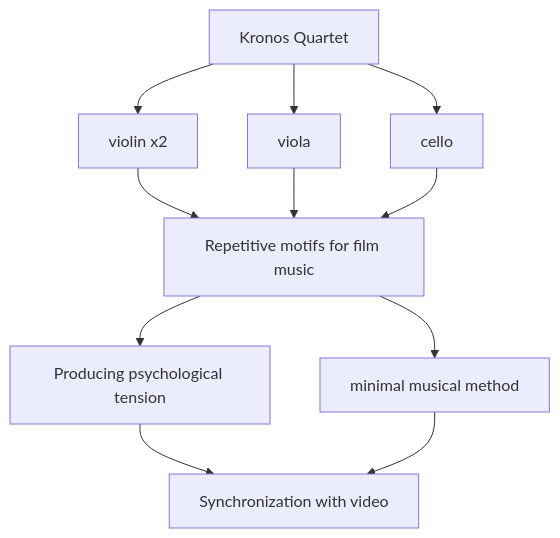
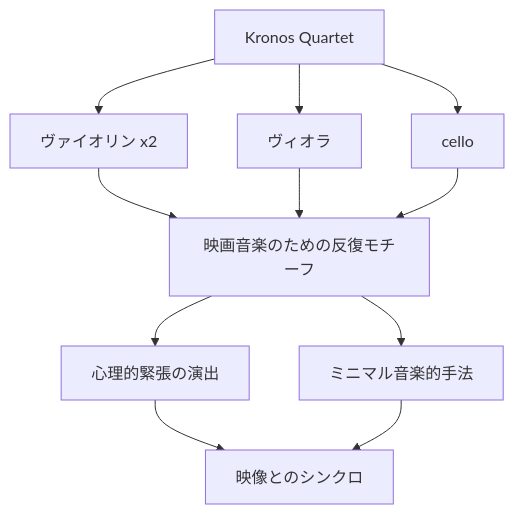
One commit to monumental-movement/monumental-movement.github.io changed the second of 4 diagrams in en/_posts/2025-11-22-column-kronos-quartet.md. Above: the diagram before and after it, drawn with Mermaid. The commit also changed other lines of this file and 2196 other files, not shown here.

```diff
--- a/en/_posts/2025-11-22-column-kronos-quartet.md
+++ b/en/_posts/2025-11-22-column-kronos-quartet.md
@@ -146,13 +146,13 @@
 <div class="mermaid">
 graph TD
-    A[Kronos Quartet] --> B[violin x2]
-    A --> C[viola]
+    A[Kronos Quartet] --> B[ヴァイオリン x2]
+    A --> C[ヴィオラ]
     A --> D[cello]
-    B --> E[Repetitive motifs for film music]
+    B --> E[映画音楽のための反復モチーフ]
     C --> E
     D --> E
-    E --> F[Producing psychological tension]
-    E --> G[minimal musical method]
-    F --> H[Synchronization with video]
+    E --> F[心理的緊張の演出]
+    E --> G[ミニマル音楽的手法]
+    F --> H[映像とのシンクロ]
     G --> H
 </div>
```
